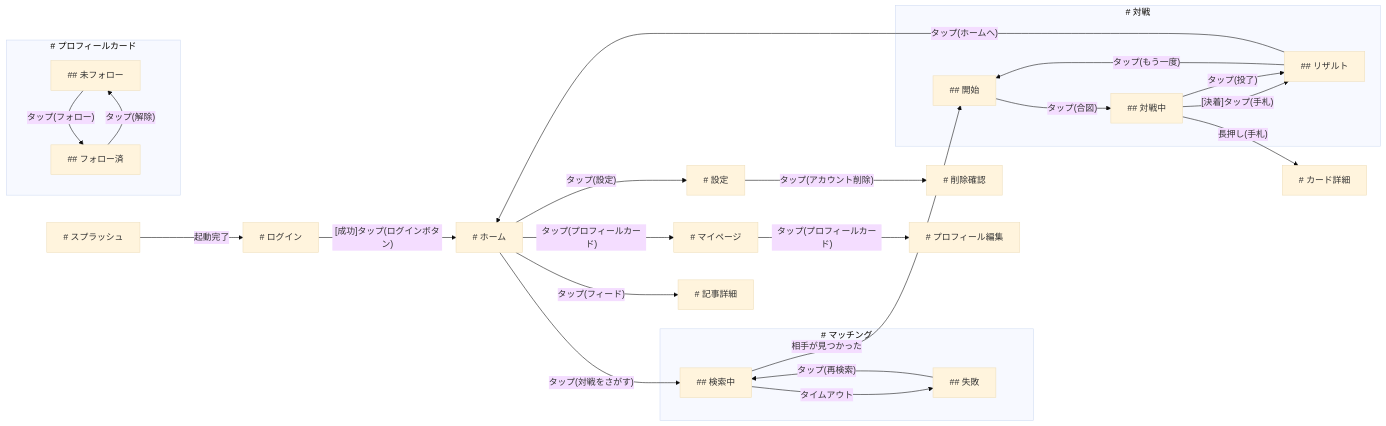
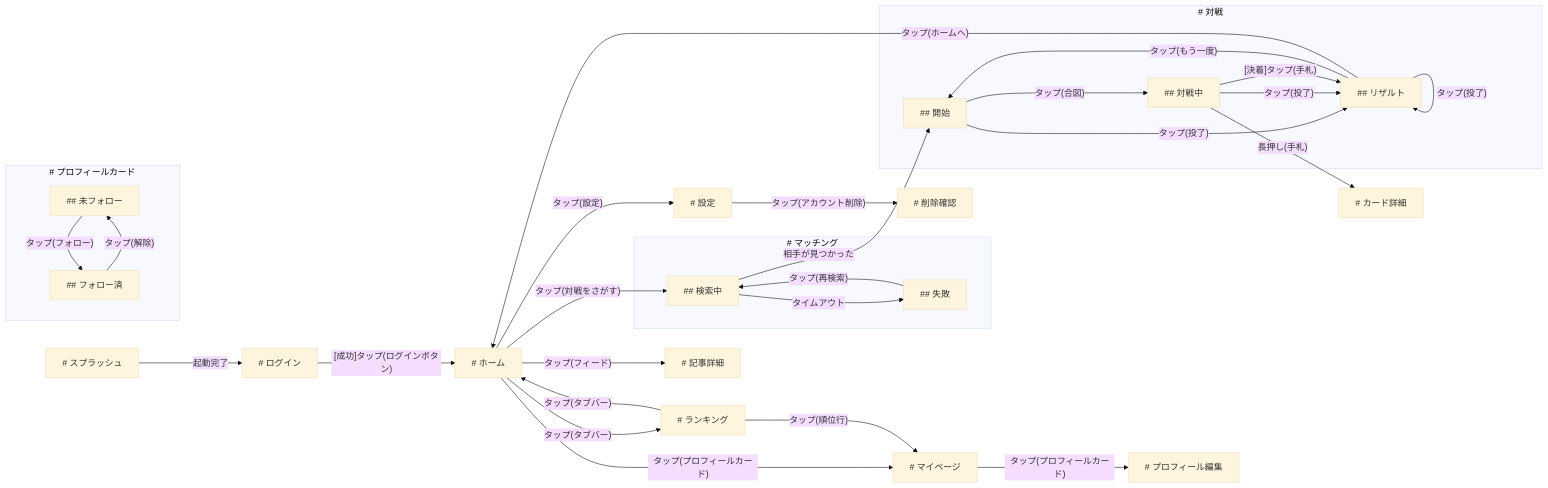
One commit to takasek/shitae changed the diagram in docs/examples/battle.mmd. Above: the diagram before and after it, drawn with Mermaid (base theme).

Commit message:
docs(examples): battle.mmd を現行 battle.shitae から再生成 — ランキング画面追加後の未追随を解消

```diff
--- a/docs/examples/battle.mmd
+++ b/docs/examples/battle.mmd
@@ -1,43 +1,49 @@
 flowchart LR
   スプラッシュ["# スプラッシュ"]
   ログイン["# ログイン"]
   ホーム["# ホーム"]
   subgraph マッチング_group["# マッチング"]
     マッチング_検索中["## 検索中"]
     マッチング_失敗["## 失敗"]
   end
   subgraph 対戦_group["# 対戦"]
     対戦_開始["## 開始"]
     対戦_対戦中["## 対戦中"]
     対戦_リザルト["## リザルト"]
   end
+  ランキング["# ランキング"]
   設定["# 設定"]
   削除確認["# 削除確認"]
   マイページ["# マイページ"]
   プロフィール編集["# プロフィール編集"]
   subgraph プロフィールカード_group["# プロフィールカード"]
     プロフィールカード_未フォロー["## 未フォロー"]
     プロフィールカード_フォロー済["## フォロー済"]
   end
   記事詳細["# 記事詳細"]
   カード詳細["# カード詳細"]
 
   スプラッシュ -->|"起動完了"| ログイン
   ログイン -->|"[成功]タップ(ログインボタン)"| ホーム
+  ホーム -->|"タップ(タブバー)"| ランキング
   ホーム -->|"タップ(プロフィールカード)"| マイページ
   ホーム -->|"タップ(対戦をさがす)"| マッチング_検索中
   ホーム -->|"タップ(設定)"| 設定
   ホーム -->|"タップ(フィード)"| 記事詳細
   マッチング_検索中 -->|"相手が見つかった"| 対戦_開始
   マッチング_検索中 -->|"タイムアウト"| マッチング_失敗
   マッチング_失敗 -->|"タップ(再検索)"| マッチング_検索中
+  対戦_開始 -->|"タップ(投了)"| 対戦_リザルト
   対戦_開始 -->|"タップ(合図)"| 対戦_対戦中
+  対戦_対戦中 -->|"タップ(投了)"| 対戦_リザルト
   対戦_対戦中 -->|"[決着]タップ(手札)"| 対戦_リザルト
   対戦_対戦中 -->|"長押し(手札)"| カード詳細
-  対戦_対戦中 -->|"タップ(投了)"| 対戦_リザルト
+  対戦_リザルト -->|"タップ(投了)"| 対戦_リザルト
   対戦_リザルト -->|"タップ(もう一度)"| 対戦_開始
   対戦_リザルト -->|"タップ(ホームへ)"| ホーム
+  ランキング -->|"タップ(タブバー)"| ホーム
+  ランキング -->|"タップ(順位行)"| マイページ
   設定 -->|"タップ(アカウント削除)"| 削除確認
   マイページ -->|"タップ(プロフィールカード)"| プロフィール編集
   プロフィールカード_未フォロー -->|"タップ(フォロー)"| プロフィールカード_フォロー済
   プロフィールカード_フォロー済 -->|"タップ(解除)"| プロフィールカード_未フォロー
```
